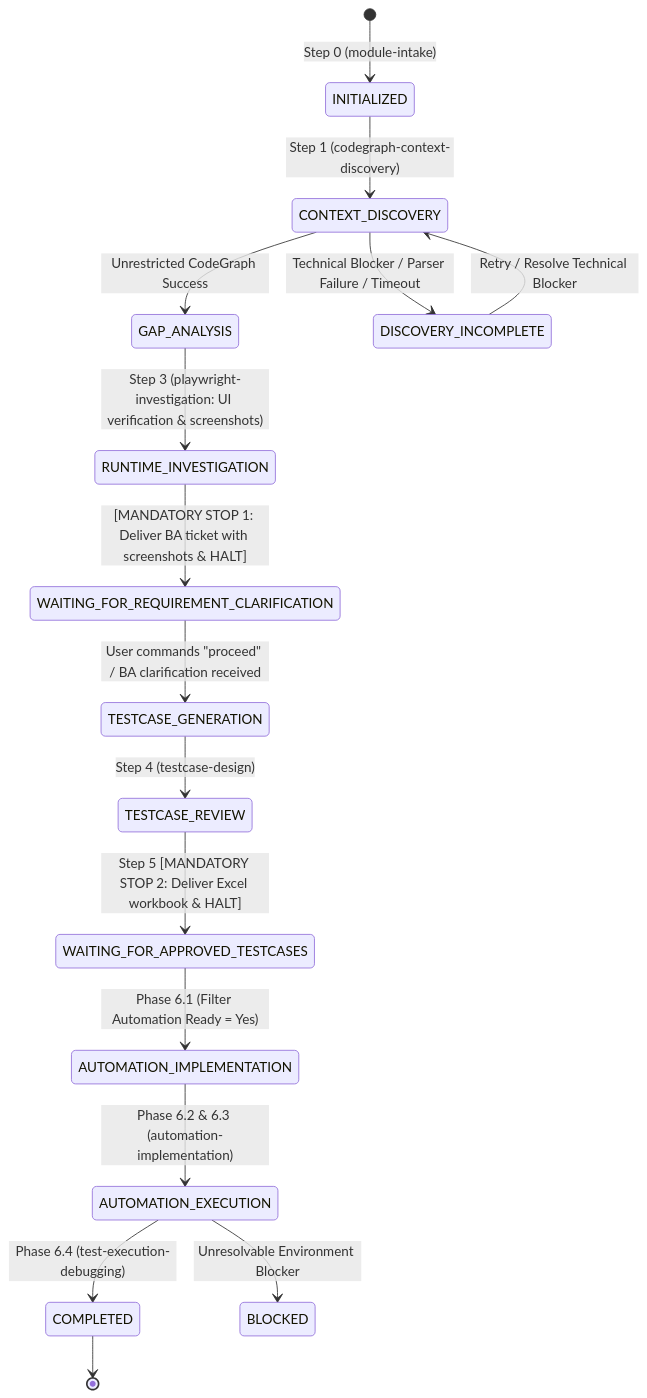
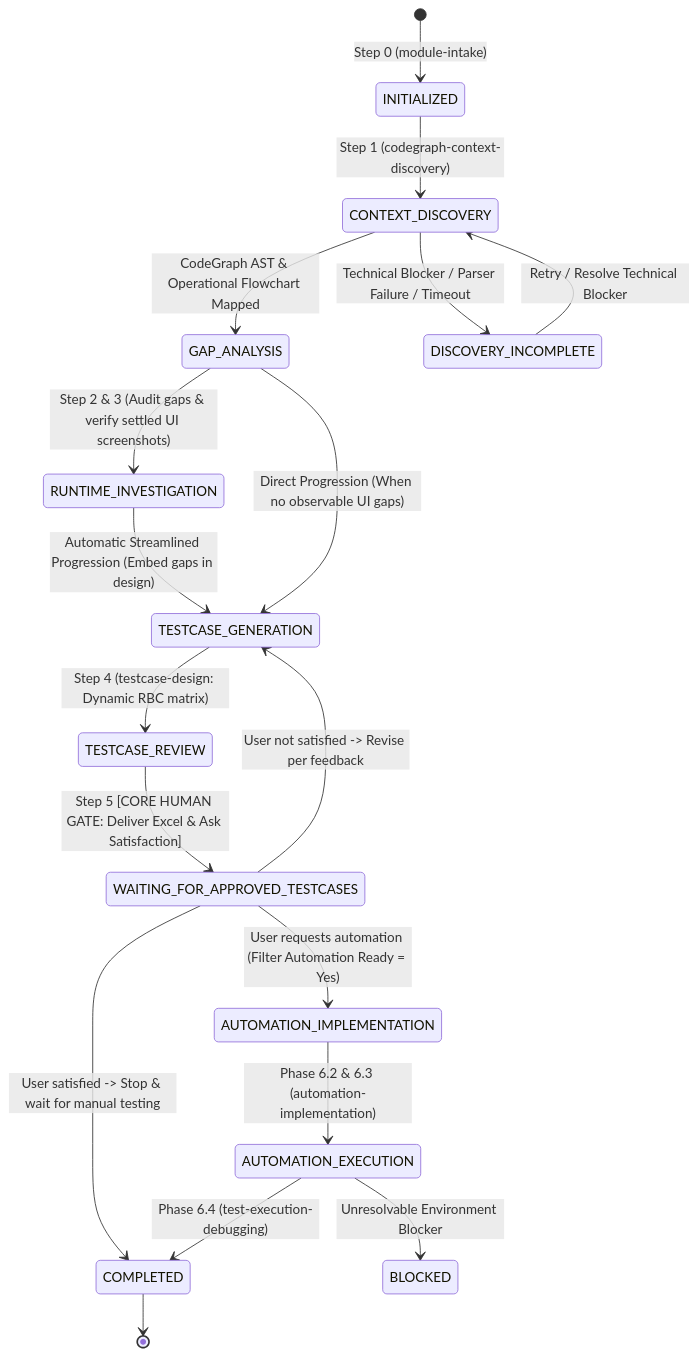
The diagram in skills/workflow-orchestrator/SKILL.md (Dang-nhut-tan/QA-skill), drawn with Mermaid before and after one commit. The commit also changed other lines of this file and 6 other files, not shown here.

Commit message:
feat(skills): enforce anti-loading screenshot protocol, mandate Mermaid flowchart in module context, and streamline testcase satisfaction gate

````diff
--- a/skills/workflow-orchestrator/SKILL.md
+++ b/skills/workflow-orchestrator/SKILL.md
@@ -24,22 +24,24 @@
 ```mermaid
 stateDiagram-v2
     [*] --> INITIALIZED: Step 0 (module-intake)
     INITIALIZED --> CONTEXT_DISCOVERY: Step 1 (codegraph-context-discovery)
-    CONTEXT_DISCOVERY --> GAP_ANALYSIS: Unrestricted CodeGraph Success
+    CONTEXT_DISCOVERY --> GAP_ANALYSIS: CodeGraph AST & Operational Flowchart Mapped
     CONTEXT_DISCOVERY --> DISCOVERY_INCOMPLETE: Technical Blocker / Parser Failure / Timeout
     DISCOVERY_INCOMPLETE --> CONTEXT_DISCOVERY: Retry / Resolve Technical Blocker
     
-    GAP_ANALYSIS --> RUNTIME_INVESTIGATION: Step 3 (playwright-investigation: UI verification & screenshots)
-    RUNTIME_INVESTIGATION --> WAITING_FOR_REQUIREMENT_CLARIFICATION: [MANDATORY STOP 1: Deliver BA ticket with screenshots & HALT]
+    GAP_ANALYSIS --> RUNTIME_INVESTIGATION: Step 2 & 3 (Audit gaps & verify settled UI screenshots)
+    RUNTIME_INVESTIGATION --> TESTCASE_GENERATION: Automatic Streamlined Progression (Embed gaps in design)
+    GAP_ANALYSIS --> TESTCASE_GENERATION: Direct Progression (When no observable UI gaps)
     
-    WAITING_FOR_REQUIREMENT_CLARIFICATION --> TESTCASE_GENERATION: User commands "proceed" / BA clarification received
+    TESTCASE_GENERATION --> TESTCASE_REVIEW: Step 4 (testcase-design: Dynamic RBC matrix)
+    TESTCASE_REVIEW --> WAITING_FOR_APPROVED_TESTCASES: Step 5 [CORE HUMAN GATE: Deliver Excel & Ask Satisfaction]
     
-    TESTCASE_GENERATION --> TESTCASE_REVIEW: Step 4 (testcase-design)
-    TESTCASE_REVIEW --> WAITING_FOR_APPROVED_TESTCASES: Step 5 [MANDATORY STOP 2: Deliver Excel workbook & HALT]
+    WAITING_FOR_APPROVED_TESTCASES --> TESTCASE_GENERATION: User not satisfied -> Revise per feedback
+    WAITING_FOR_APPROVED_TESTCASES --> COMPLETED: User satisfied -> Stop & wait for manual testing
+    WAITING_FOR_APPROVED_TESTCASES --> AUTOMATION_IMPLEMENTATION: User requests automation (Filter Automation Ready = Yes)
     
-    WAITING_FOR_APPROVED_TESTCASES --> AUTOMATION_IMPLEMENTATION: Phase 6.1 (Filter Automation Ready = Yes)
     AUTOMATION_IMPLEMENTATION --> AUTOMATION_EXECUTION: Phase 6.2 & 6.3 (automation-implementation)
     AUTOMATION_EXECUTION --> COMPLETED: Phase 6.4 (test-execution-debugging)
     AUTOMATION_EXECUTION --> BLOCKED: Unresolvable Environment Blocker
     COMPLETED --> [*]
 ```
````
